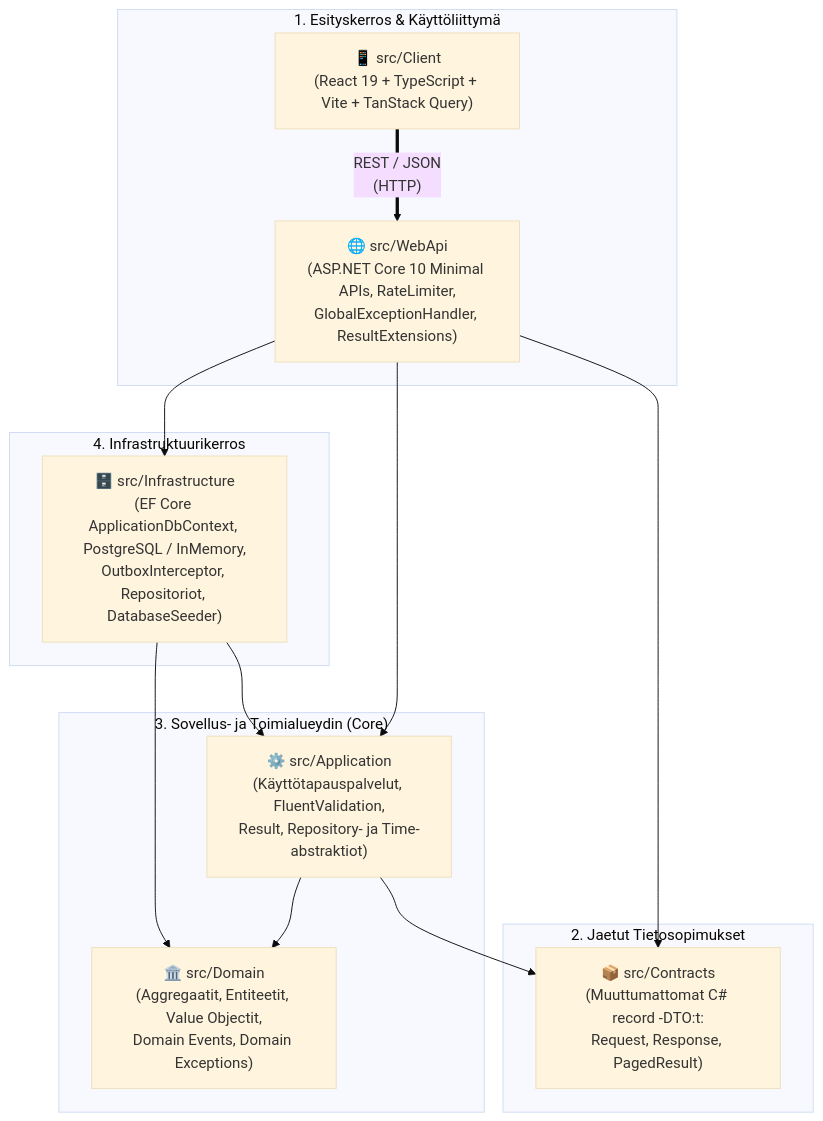
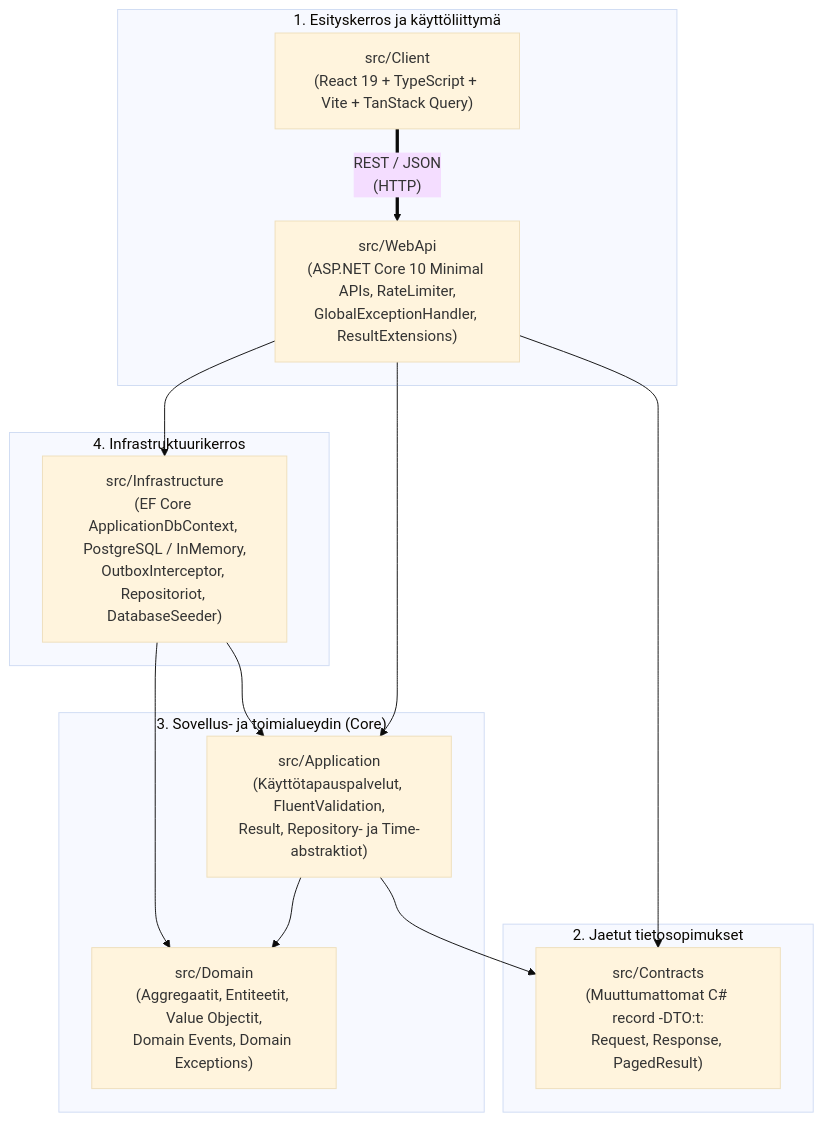
One commit to Jone81/pelihuonevaraus changed the first of 2 diagrams in Docs/arkkitehtuuri.md. Above: the diagram before and after it, drawn with Mermaid (base theme). The commit also changed other lines of this file and 22 other files, not shown here.

````diff
--- a/Docs/arkkitehtuuri.md
+++ b/Docs/arkkitehtuuri.md
@@ -26,29 +22,29 @@
 ```mermaid
 flowchart TB
-    subgraph Presentation ["1. Esityskerros & Käyttöliittymä"]
-        Client["📱 src/Client\n(React 19 + TypeScript + Vite + TanStack Query)"]
-        WebApi["🌐 src/WebApi\n(ASP.NET Core 10 Minimal APIs, RateLimiter,\nGlobalExceptionHandler, ResultExtensions)"]
+    subgraph Presentation ["1. Esityskerros ja käyttöliittymä"]
+        Client["src/Client\n(React 19 + TypeScript + Vite + TanStack Query)"]
+        WebApi["src/WebApi\n(ASP.NET Core 10 Minimal APIs, RateLimiter,\nGlobalExceptionHandler, ResultExtensions)"]
     end
 
-    subgraph SharedContracts ["2. Jaetut Tietosopimukset"]
-        Contracts["📦 src/Contracts\n(Muuttumattomat C# record -DTO:t:\nRequest, Response, PagedResult<T>)"]
+    subgraph SharedContracts ["2. Jaetut tietosopimukset"]
+        Contracts["src/Contracts\n(Muuttumattomat C# record -DTO:t:\nRequest, Response, PagedResult<T>)"]
     end
 
-    subgraph Core ["3. Sovellus- ja Toimialueydin (Core)"]
-        Application["⚙️ src/Application\n(Käyttötapauspalvelut, FluentValidation,\nResult<T>, Repository- ja Time-abstraktiot)"]
-        Domain["🏛️ src/Domain\n(Aggregaatit, Entiteetit, Value Objectit,\nDomain Events, Domain Exceptions)"]
+    subgraph Core ["3. Sovellus- ja toimialueydin (Core)"]
+        Application["src/Application\n(Käyttötapauspalvelut, FluentValidation,\nResult<T>, Repository- ja Time-abstraktiot)"]
+        Domain["src/Domain\n(Aggregaatit, Entiteetit, Value Objectit,\nDomain Events, Domain Exceptions)"]
     end
 
     subgraph Infra ["4. Infrastruktuurikerros"]
-        Infrastructure["🗄️ src/Infrastructure\n(EF Core ApplicationDbContext, PostgreSQL / InMemory,\nOutboxInterceptor, Repositoriot, DatabaseSeeder)"]
+        Infrastructure["src/Infrastructure\n(EF Core ApplicationDbContext, PostgreSQL / InMemory,\nOutboxInterceptor, Repositoriot, DatabaseSeeder)"]
     end
 
     Client == "REST / JSON\n(HTTP)" ==> WebApi
     WebApi --> Application
     WebApi --> Infrastructure
     WebApi --> Contracts
     Application --> Domain
     Application --> Contracts
     Infrastructure --> Application
     Infrastructure --> Domain
 ```
````
